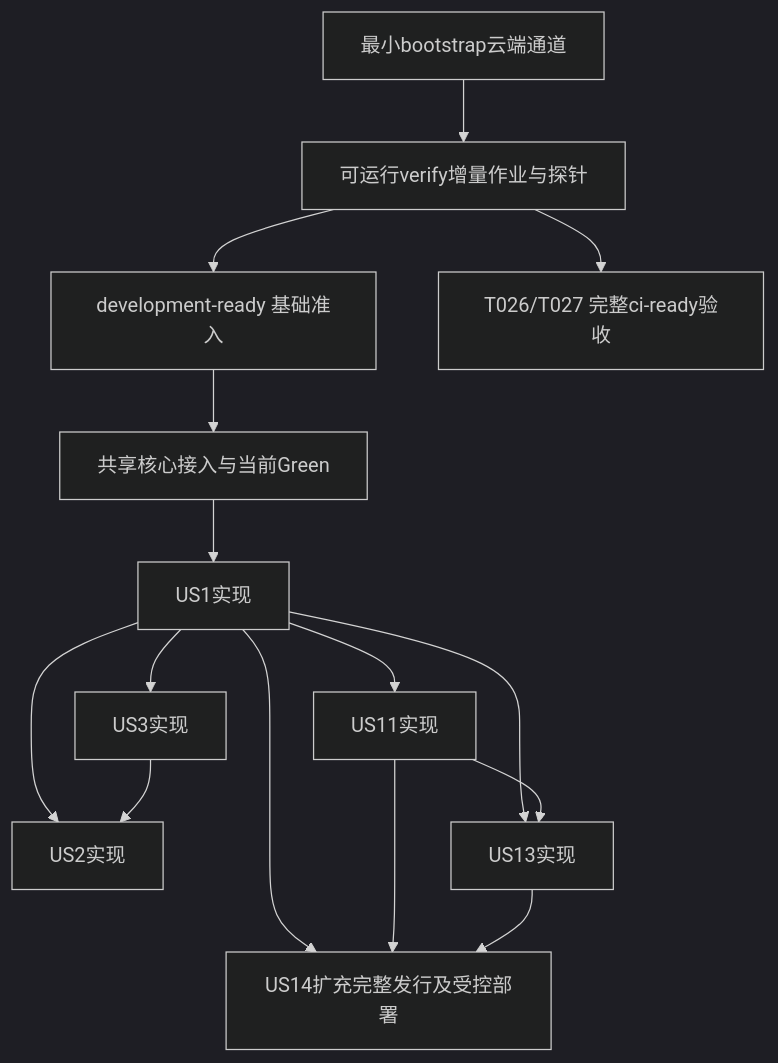
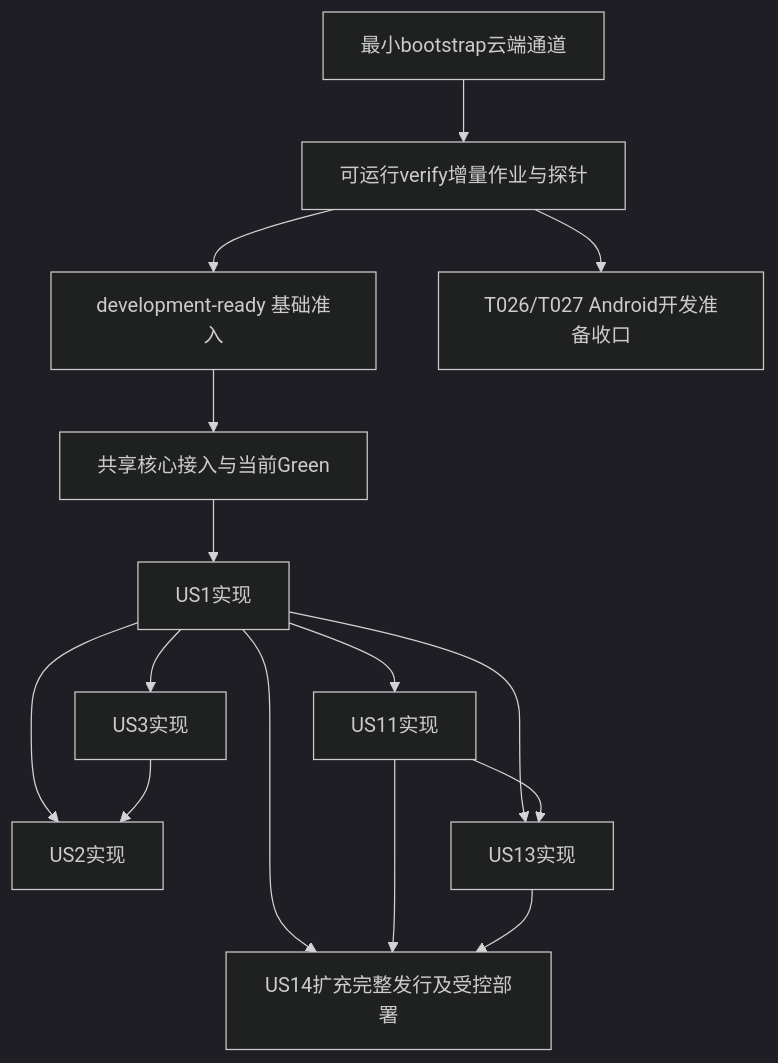
The diagram in specs/001-agoraweave-v1/plan.md (Self-Command/agora-weave), drawn with Mermaid (dark theme) before and after one commit. The commit also changed other lines of this file and 18 other files, not shown here.

````diff
--- a/specs/001-agoraweave-v1/plan.md
+++ b/specs/001-agoraweave-v1/plan.md
@@ -254,17 +254,17 @@
 ```mermaid
 flowchart TD
   B[最小bootstrap云端通道] --> R[可运行verify增量作业与探针]
   R --> C[development-ready 基础准入]
-  R --> CI[T026/T027 完整ci-ready验收]
+  R --> CI[T026/T027 Android开发准备收口]
   C --> F[共享核心接入与当前Green]
   F --> US1[US1实现]
   US1 --> US3[US3实现]
   US1 --> US2[US2实现]
   US3 --> US2
   US1 --> US11[US11实现]
   US1 --> US13[US13实现]
   US11 --> US13
   US1 --> US14[US14扩充完整发行及受控部署]
   US11 --> US14
   US13 --> US14
 ```
````
